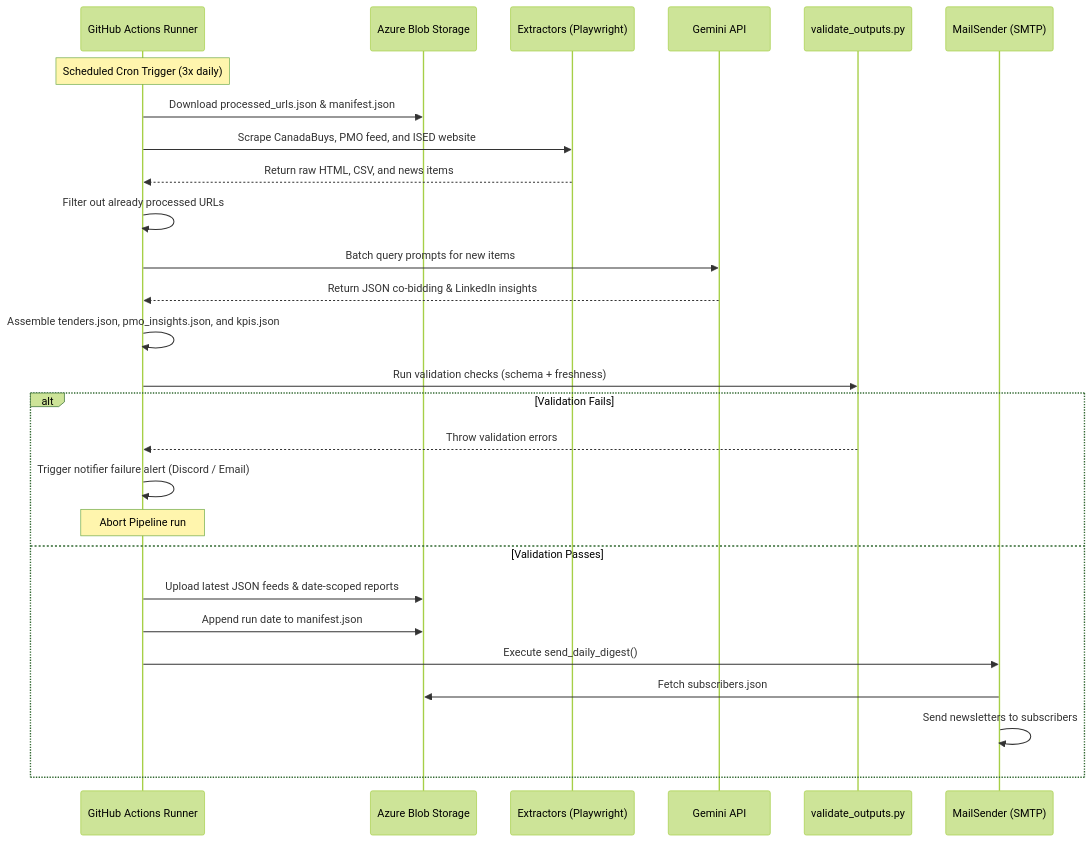
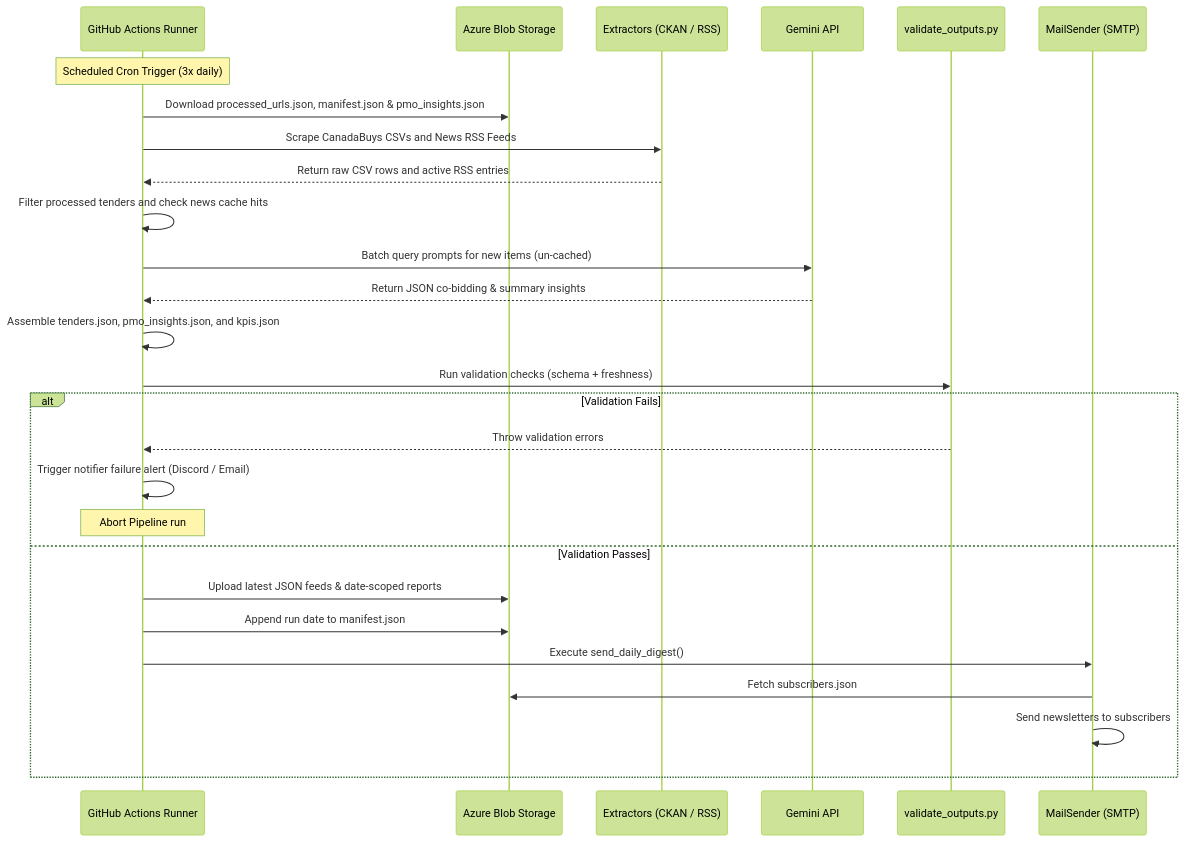
One commit to 4mayAi/canadian-grant-intelligence changed the second of 2 diagrams in docs/architecture_arc42.md. Above: the diagram before and after it, drawn with Mermaid (forest theme). The commit also changed other lines of this file and 1 other file, not shown here.

Commit message:
docs: update arc42 architecture for news extraction and self-healing cache

````diff
--- a/docs/architecture_arc42.md
+++ b/docs/architecture_arc42.md
@@ -120,30 +126,30 @@
 ```mermaid
 sequenceDiagram
     participant Job as GitHub Actions Runner
     participant Azure as Azure Blob Storage
-    participant Ext as Extractors (Playwright)
+    participant Ext as Extractors (CKAN / RSS)
     participant LLM as Gemini API
     participant Valid as validate_outputs.py
     participant Mail as MailSender (SMTP)
 
     Note over Job: Scheduled Cron Trigger (3x daily)
-    Job->>Azure: Download processed_urls.json & manifest.json
-    Job->>Ext: Scrape CanadaBuys, PMO feed, and ISED website
-    Ext-->>Job: Return raw HTML, CSV, and news items
-    Job->>Job: Filter out already processed URLs
-    Job->>LLM: Batch query prompts for new items
-    LLM-->>Job: Return JSON co-bidding & LinkedIn insights
+    Job->>Azure: Download processed_urls.json, manifest.json & pmo_insights.json
+    Job->>Ext: Scrape CanadaBuys CSVs and News RSS Feeds
+    Ext-->>Job: Return raw CSV rows and active RSS entries
+    Job->>Job: Filter processed tenders and check news cache hits
+    Job->>LLM: Batch query prompts for new items (un-cached)
+    LLM-->>Job: Return JSON co-bidding & summary insights
     Job->>Job: Assemble tenders.json, pmo_insights.json, and kpis.json
     Job->>Valid: Run validation checks (schema + freshness)
     alt Validation Fails
         Valid-->>Job: Throw validation errors
         Job->>Job: Trigger notifier failure alert (Discord / Email)
         Note over Job: Abort Pipeline run
     else Validation Passes
         Job->>Azure: Upload latest JSON feeds & date-scoped reports
         Job->>Azure: Append run date to manifest.json
         Job->>Mail: Execute send_daily_digest()
         Mail->>Azure: Fetch subscribers.json
         Mail->>Mail: Send newsletters to subscribers
     end
 ```
````
